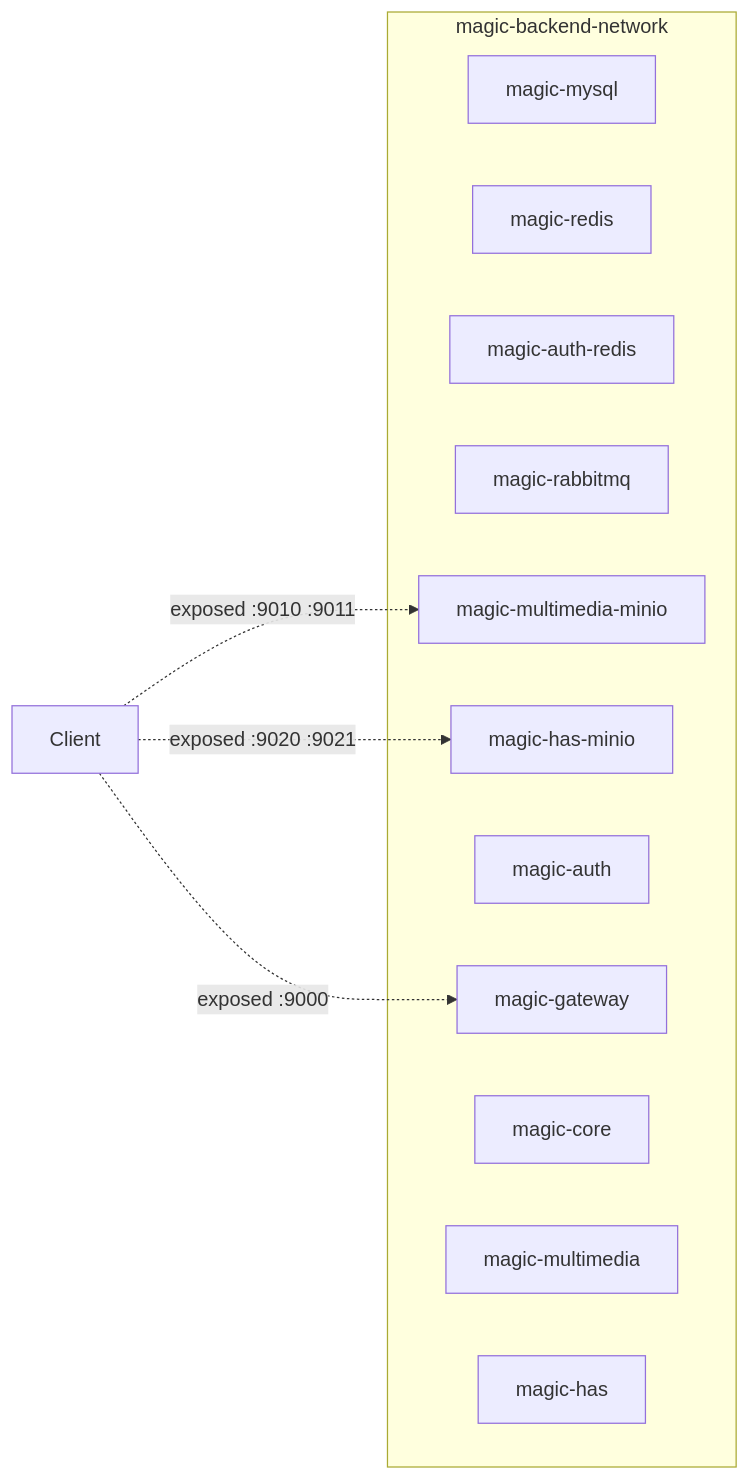
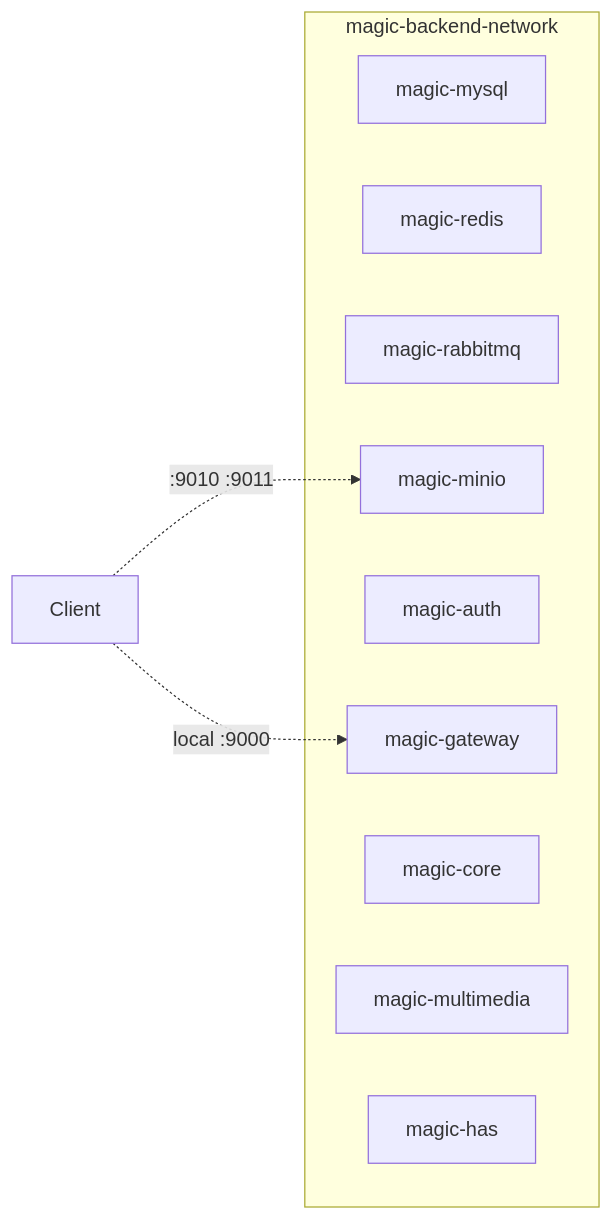
Before and after one commit to xiaolinstar/magic-video-backend: the second of 2 diagrams in docs/02-architecture.md, drawn with Mermaid. The commit also changed other lines of this file and 13 other files, not shown here.

````diff
--- a/docs/02-architecture.md
+++ b/docs/02-architecture.md
@@ -89,19 +88,16 @@
 ```mermaid
 flowchart LR
   subgraph Bridge[magic-backend-network]
     mysql[magic-mysql]
-    redis1[magic-redis]
-    redis2[magic-auth-redis]
+    redis[magic-redis]
     mq[magic-rabbitmq]
-    minio1[magic-multimedia-minio]
-    minio2[magic-has-minio]
+    minio[magic-minio]
     auth[magic-auth]
     gw[magic-gateway]
     core[magic-core]
     mm[magic-multimedia]
     has[magic-has]
   end
-  Client -.->|exposed :9000| gw
-  Client -.->|exposed :9010 :9011| minio1
-  Client -.->|exposed :9020 :9021| minio2
+  Client -.->|local :9000| gw
+  Client -.->|:9010 :9011| minio
 ```
````
